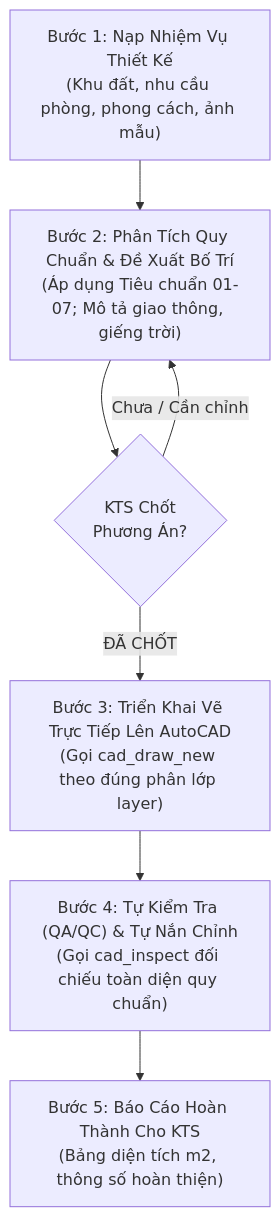
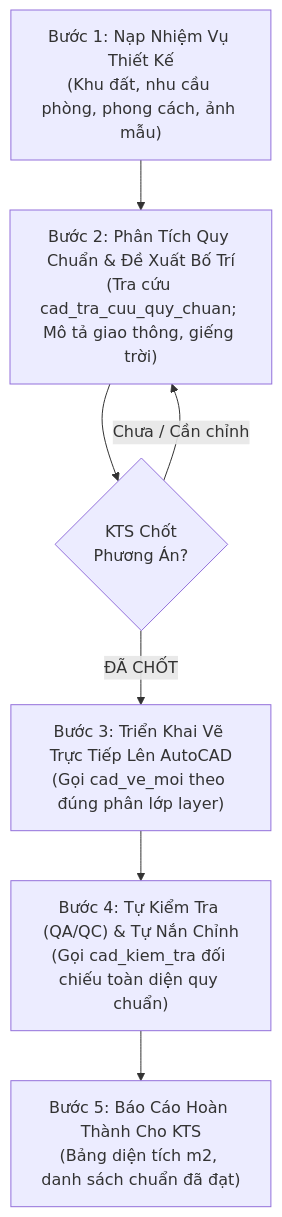
Before and after one commit to haianhdskt-boop/autocad-ai-mcp: the first of 2 diagrams in WORKFLOW.md, drawn with Mermaid. The commit also changed other lines of this file and 4 other files, not shown here.

````diff
--- a/WORKFLOW.md
+++ b/WORKFLOW.md
@@ -40,15 +39,9 @@
 ```mermaid
 flowchart TD
-    A["Bước 1: Nạp Nhiệm Vụ Thiết Kế
-(Khu đất, nhu cầu phòng, phong cách, ảnh mẫu)"] --> B["Bước 2: Phân Tích Quy Chuẩn & Đề Xuất Bố Trí
-(Áp dụng Tiêu chuẩn 01-07; Mô tả giao thông, giếng trời)"]
-    B --> C{"KTS Chốt
-Phương Án?"}
+    A["Bước 1: Nạp Nhiệm Vụ Thiết Kế\n(Khu đất, nhu cầu phòng, phong cách, ảnh mẫu)"] --> B["Bước 2: Phân Tích Quy Chuẩn & Đề Xuất Bố Trí\n(Tra cứu cad_tra_cuu_quy_chuan; Mô tả giao thông, giếng trời)"]
+    B --> C{"KTS Chốt\nPhương Án?"}
     C -- "Chưa / Cần chỉnh" --> B
-    C -- "ĐÃ CHỐT" --> D["Bước 3: Triển Khai Vẽ Trực Tiếp Lên AutoCAD
-(Gọi cad_draw_new theo đúng phân lớp layer)"]
-    D --> E["Bước 4: Tự Kiểm Tra (QA/QC) & Tự Nắn Chỉnh
-(Gọi cad_inspect đối chiếu toàn diện quy chuẩn)"]
-    E --> F["Bước 5: Báo Cáo Hoàn Thành Cho KTS
-(Bảng diện tích m2, thông số hoàn thiện)"]
+    C -- "ĐÃ CHỐT" --> D["Bước 3: Triển Khai Vẽ Trực Tiếp Lên AutoCAD\n(Gọi cad_ve_moi theo đúng phân lớp layer)"]
+    D --> E["Bước 4: Tự Kiểm Tra (QA/QC) & Tự Nắn Chỉnh\n(Gọi cad_kiem_tra đối chiếu toàn diện quy chuẩn)"]
+    E --> F["Bước 5: Báo Cáo Hoàn Thành Cho KTS\n(Bảng diện tích m2, danh sách chuẩn đã đạt)"]
 ```
````
